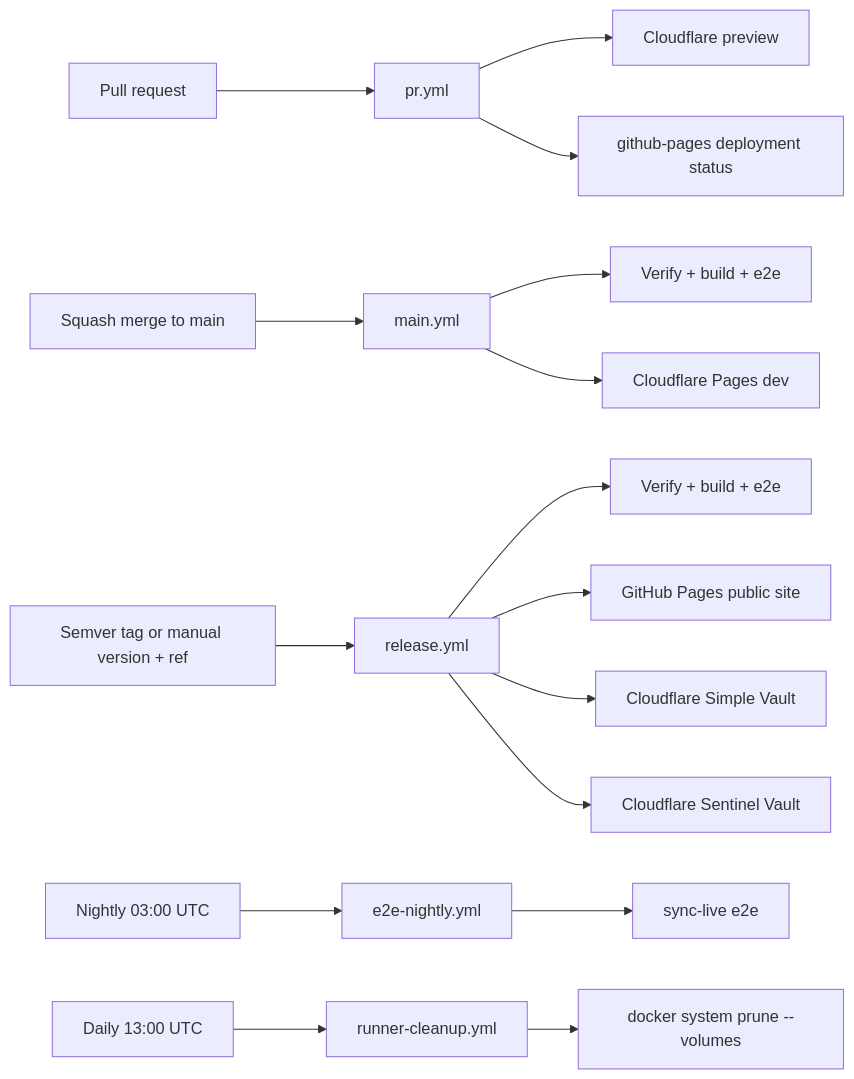
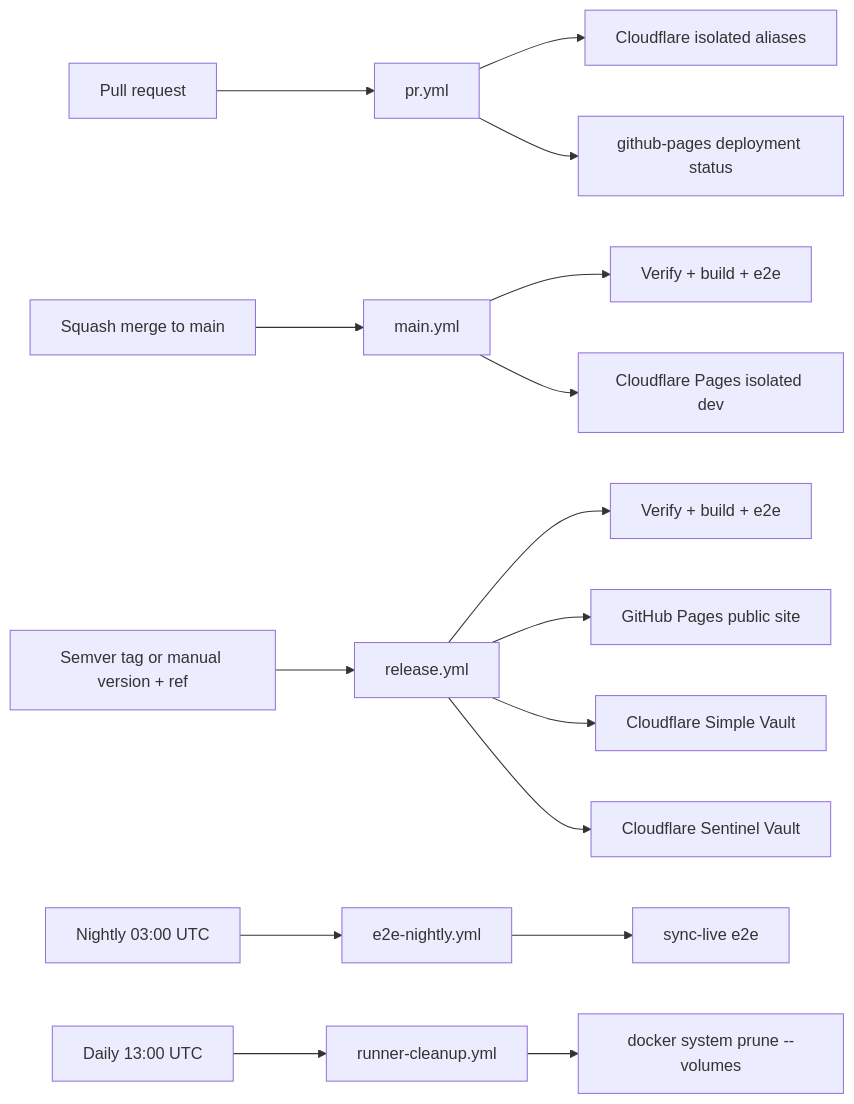
One commit to meta-secret/nook changed the diagram in .cortex/workflows/ci-pipeline.md. Above: the diagram before and after it, drawn with Mermaid. The commit also changed other lines of this file and 23 other files, not shown here.

````diff
--- a/.cortex/workflows/ci-pipeline.md
+++ b/.cortex/workflows/ci-pipeline.md
@@ -17,22 +17,22 @@
 ```mermaid
 flowchart LR
   PR[Pull request] --> pr_yml[pr.yml]
-  pr_yml --> preview[Cloudflare preview]
+  pr_yml --> preview[Cloudflare isolated aliases]
   pr_yml --> pr_deployment[github-pages deployment status]
 
   merge[Squash merge to main] --> main_yml[main.yml]
   main_yml --> main_verify[Verify + build + e2e]
-  main_yml --> cf_dev[Cloudflare Pages dev]
+  main_yml --> cf_dev[Cloudflare Pages isolated dev]
 
   release[Semver tag or manual version + ref] --> release_yml[release.yml]
   release_yml --> release_verify[Verify + build + e2e]
   release_yml --> pages[GitHub Pages public site]
   release_yml --> simple_cf[Cloudflare Simple Vault]
   release_yml --> sentinel_cf[Cloudflare Sentinel Vault]
 
   cron[Nightly 03:00 UTC] --> nightly[e2e-nightly.yml]
   nightly --> e2e_live[sync-live e2e]
 
   cleanup_cron[Daily 13:00 UTC] --> cleanup[runner-cleanup.yml]
   cleanup --> docker_prune["docker system prune --volumes"]
 ```
````
